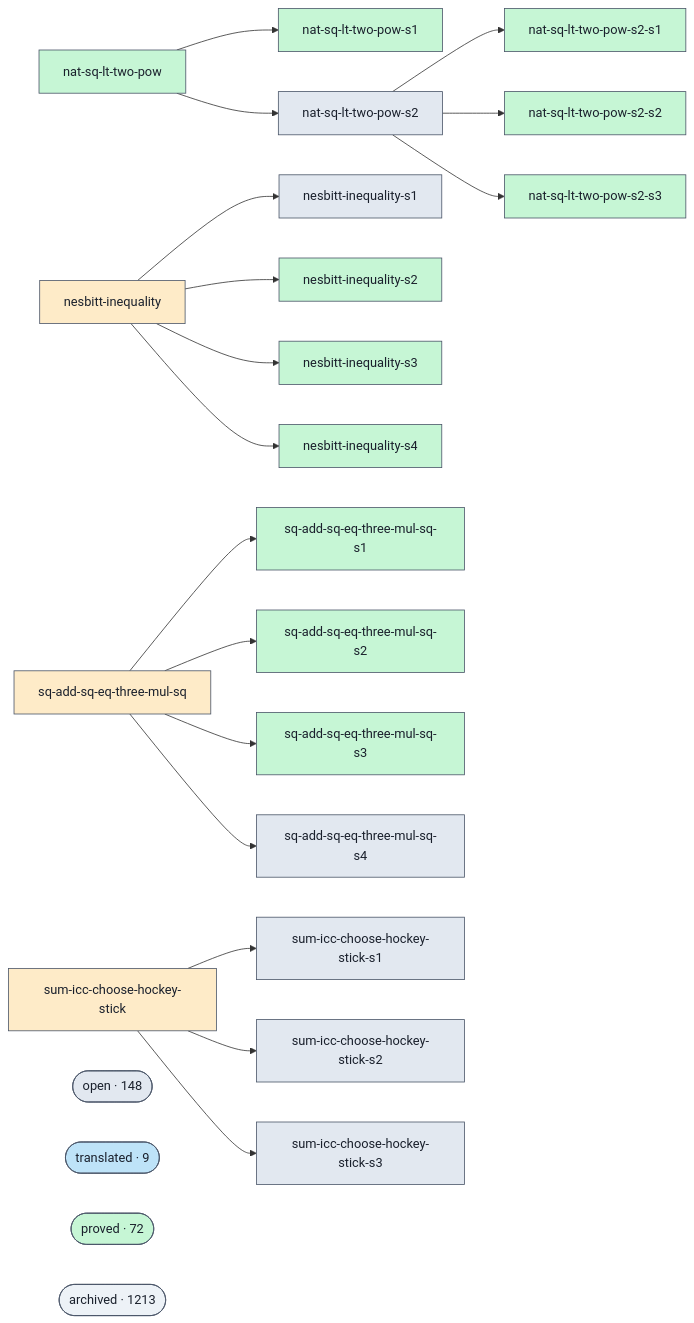
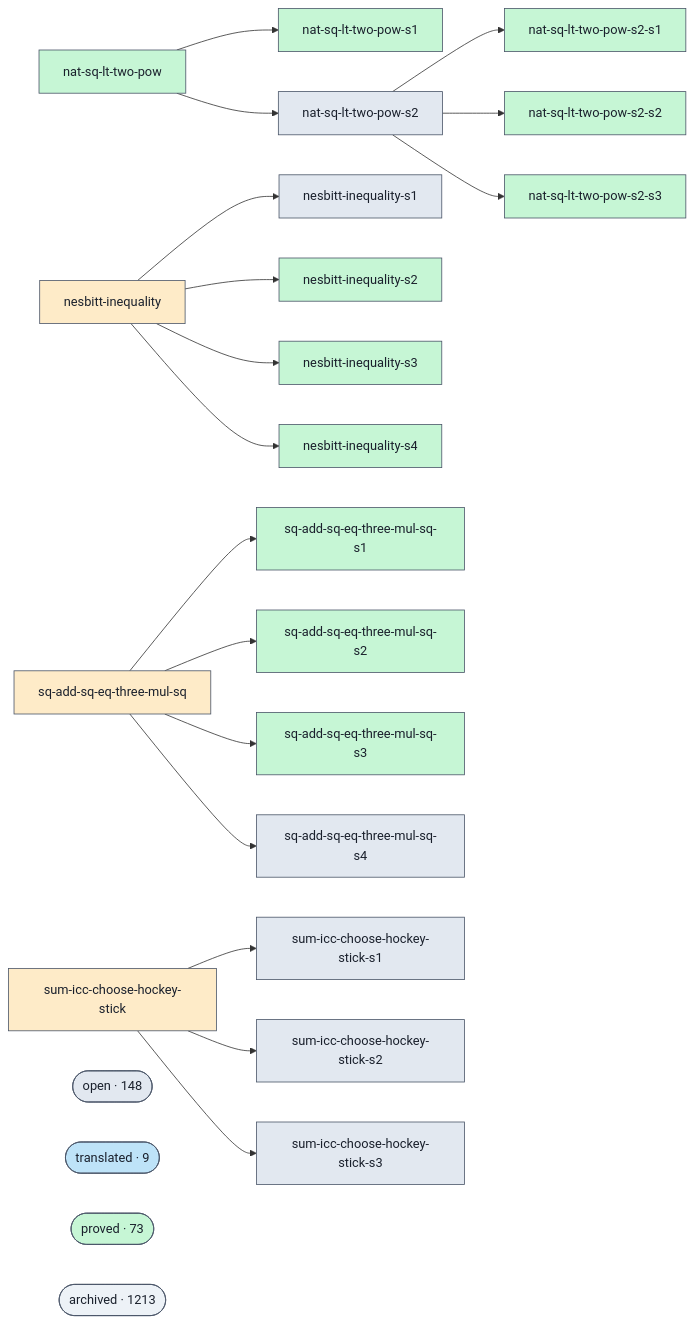
Before and after one commit to ohdearquant/unsorry: the diagram in docs/proofs-contributors-visualisation.md, drawn with Mermaid. The commit also changed other lines of this file and 2 other files, not shown here.

```diff
--- a/docs/proofs-contributors-visualisation.md
+++ b/docs/proofs-contributors-visualisation.md
@@ -102,7 +102,7 @@
   class cluster_open open;
   cluster_translated(["translated · 9"])
   class cluster_translated translated;
-  cluster_proved(["proved · 72"])
+  cluster_proved(["proved · 73"])
   class cluster_proved proved;
   cluster_archived(["archived · 1213"])
   class cluster_archived unknown;
```
